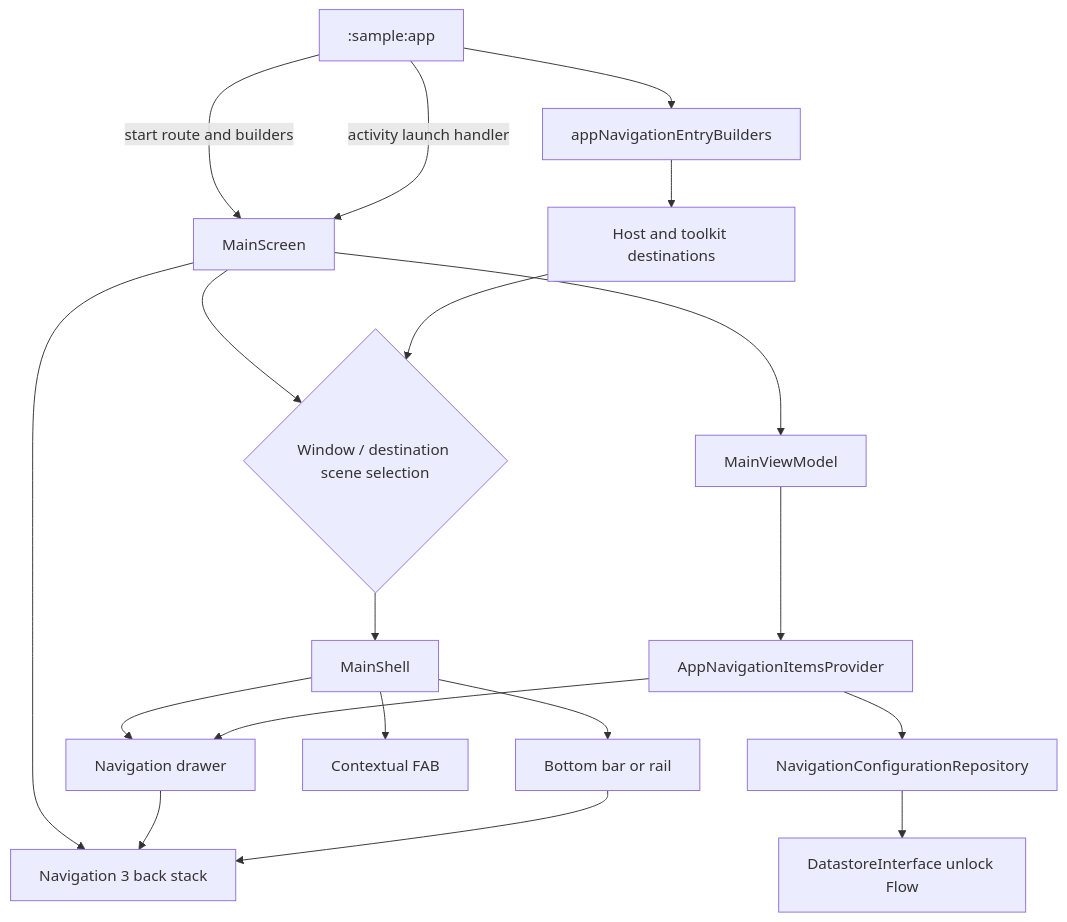
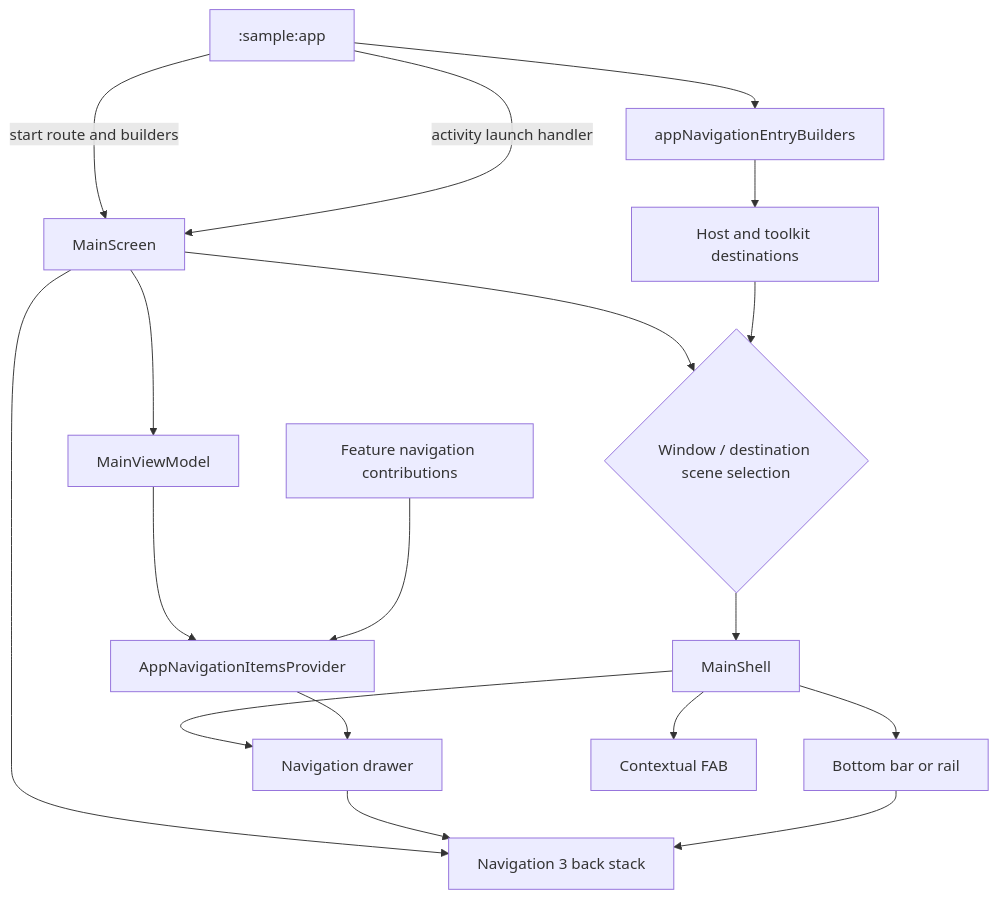
One commit to MihaiCristianCondrea/App-Toolkit-for-Android changed the diagram in sample/core/shell/README.md. Above: the diagram before and after it, drawn with Mermaid. The commit also changed other lines of this file and 223 other files, not shown here.

````diff
--- a/sample/core/shell/README.md
+++ b/sample/core/shell/README.md
@@ -35,21 +35,20 @@
 ```mermaid
 flowchart TD
     App[":sample:app"] -->|start route and builders| Screen[MainScreen]
     App -->|activity launch handler| Screen
     Screen --> BackStack[Navigation 3 back stack]
     Screen --> Scene{Window / destination scene selection}
     Scene --> Shell[MainShell]
     Shell --> Drawer[Navigation drawer]
     Shell --> Bottom[Bottom bar or rail]
     Shell --> Fab[Contextual FAB]
     Screen --> VM[MainViewModel]
     VM --> Provider[AppNavigationItemsProvider]
-    Provider --> NavRepo[NavigationConfigurationRepository]
-    NavRepo --> Store[DatastoreInterface unlock Flow]
+    Contributions[Feature navigation contributions] --> Provider
     Provider --> Drawer
     App --> Builders[appNavigationEntryBuilders]
     Builders --> Entries[Host and toolkit destinations]
     Entries --> Scene
     Drawer --> BackStack
     Bottom --> BackStack
 ```
````
